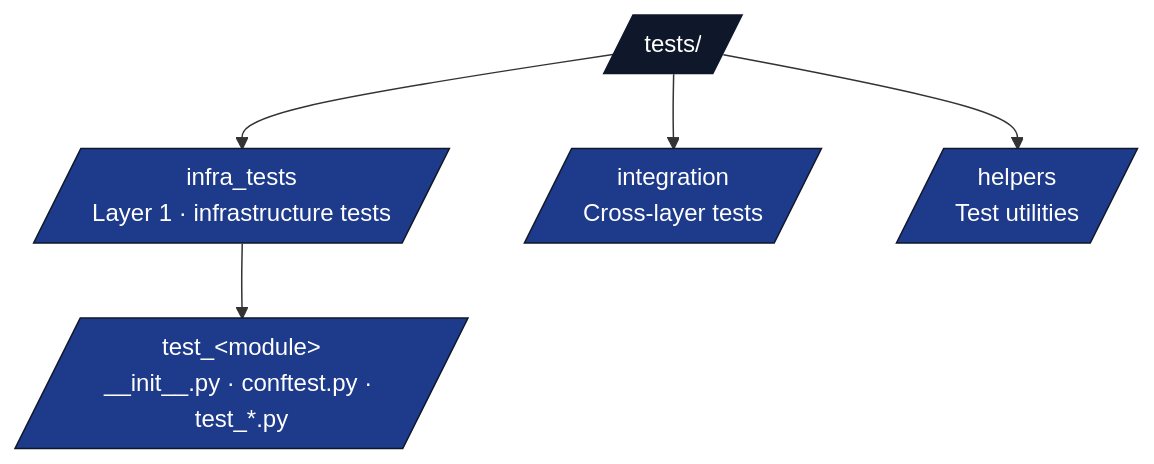
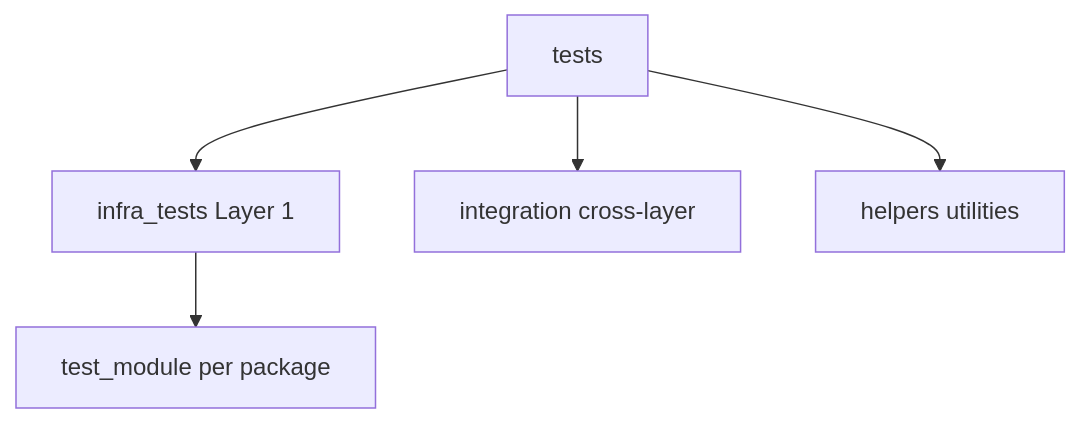
Before and after one commit to docxology/template: the second of 3 diagrams in docs/rules/AGENTS.md, drawn with Mermaid. The commit also changed other lines of this file and 94 other files, not shown here.

````diff
--- a/docs/rules/AGENTS.md
+++ b/docs/rules/AGENTS.md
@@ -259,14 +252,8 @@
 ```mermaid
 flowchart TB
-    T[/tests//]
-    T --> INFRA[/infra_tests<br/>Layer 1 · infrastructure tests/]
-    T --> INTEG[/integration<br/>Cross-layer tests/]
-    T --> HELP[/helpers<br/>Test utilities/]
-
-    INFRA --> SUB[/test_&lt;module&gt;<br/>__init__.py · conftest.py · test_*.py/]
-
-    classDef d fill:#0f172a,stroke:#0f172a,color:#fff
-    classDef pkg fill:#1e3a8a,stroke:#0f172a,color:#fff
-    class T d
-    class INFRA,INTEG,HELP,SUB pkg
+    T[tests]
+    T --> INFRA[infra_tests Layer 1]
+    T --> INTEG[integration cross-layer]
+    T --> HELP[helpers utilities]
+    INFRA --> SUB[test_module per package]
 ```
````
